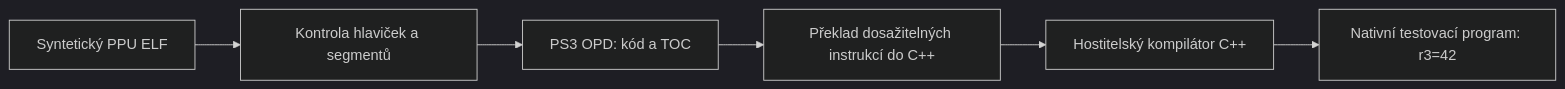
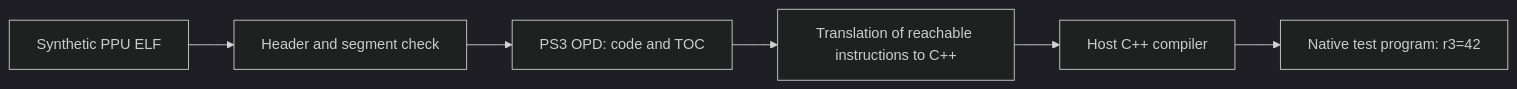
The diagram in docs/architecture.md (maceeek/AnyPS3), drawn with Mermaid (dark theme) before and after one commit. The commit also changed other lines of this file and 26 other files, not shown here.

````diff
--- a/docs/architecture.md
+++ b/docs/architecture.md
@@ -16,8 +16,8 @@
 ```mermaid
 flowchart LR
-    A[Syntetický PPU ELF] --> B[Kontrola hlaviček a segmentů]
-    B --> C[PS3 OPD: kód a TOC]
-    C --> D[Překlad dosažitelných instrukcí do C++]
-    D --> E[Hostitelský kompilátor C++]
-    E --> F[Nativní testovací program: r3=42]
+    A[Synthetic PPU ELF] --> B[Header and segment check]
+    B --> C[PS3 OPD: code and TOC]
+    C --> D[Translation of reachable instructions to C++]
+    D --> E[Host C++ compiler]
+    E --> F[Native test program: r3=42]
 ```
````
